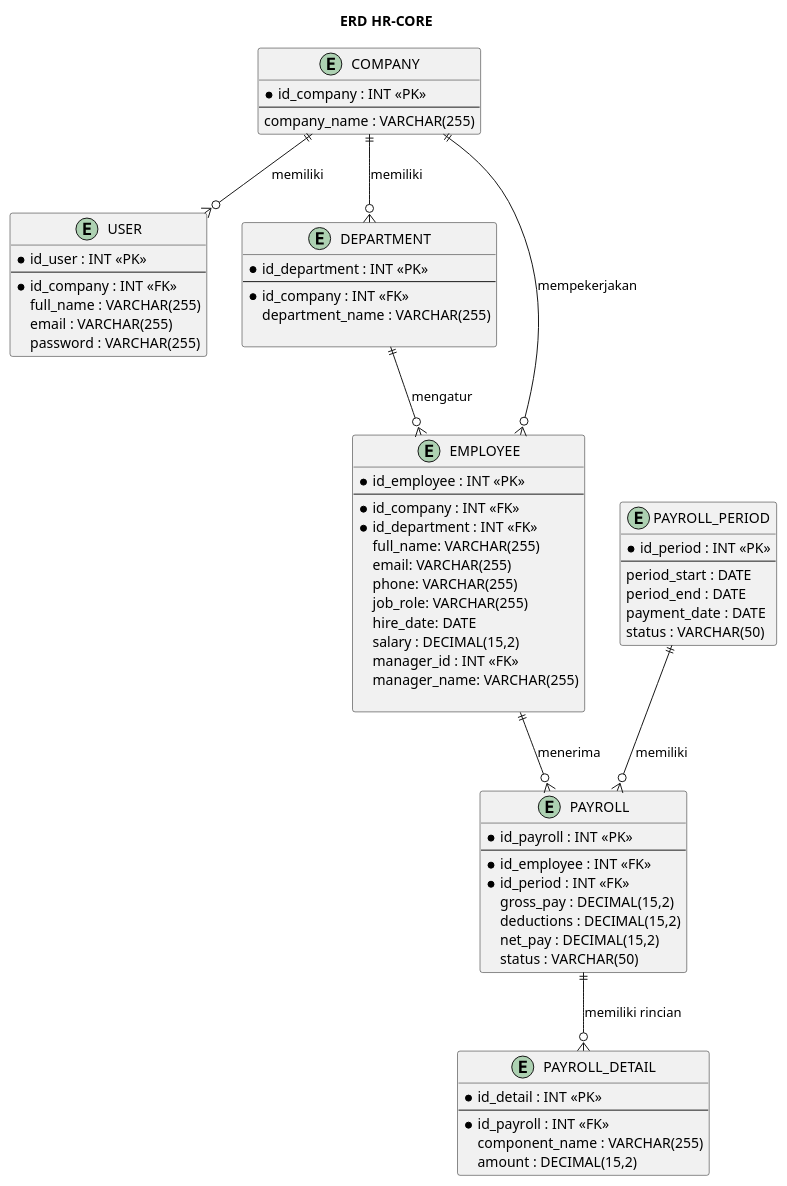
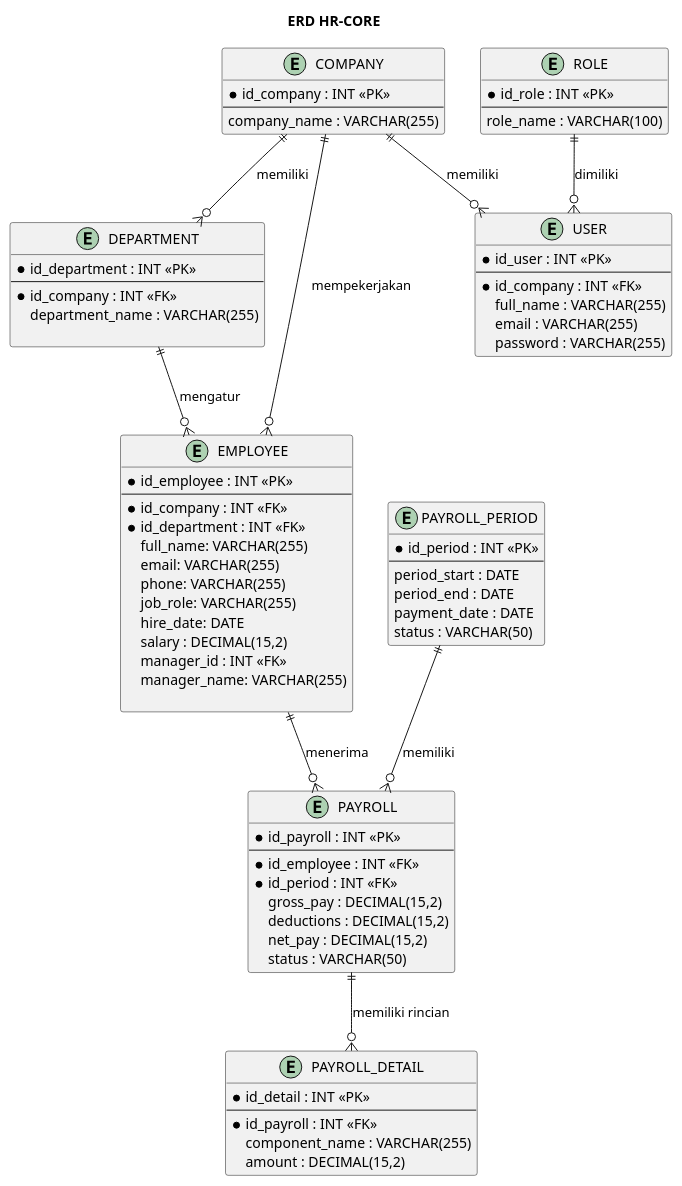
One commit to raissas18/batch-37-Raissa changed the diagram in HR.pum.wsd. Above: the diagram before and after it, drawn with PlantUML.

```diff
--- a/HR.pum.wsd
+++ b/HR.pum.wsd
@@ -1,109 +1,117 @@
 @startuml
 title ERD HR-CORE
 ' =========================
 ' TABEL COMPANY
 ' =========================
 entity "COMPANY" as COMPANY {
     * id_company : INT <<PK>>
     --
     company_name : VARCHAR(255)
 }
 
 ' =========================
 ' TABEL USER
 ' =========================
 entity "USER" as USERS {
     * id_user : INT <<PK>>
     --
     * id_company : INT <<FK>>
     full_name : VARCHAR(255)
     email : VARCHAR(255)
     password : VARCHAR(255)
+}
+
+entity "ROLE" as ROLE {
+    * id_role : INT <<PK>>
+    --
+    role_name : VARCHAR(100)
 }
 
 ' =========================
 ' TABEL DEPARTMENT
 ' =========================
 entity "DEPARTMENT" as DEPARTMENT {
     * id_department : INT <<PK>>
     --
     * id_company : INT <<FK>>
     department_name : VARCHAR(255)
     
 }
 ' =========================
 ' TABEL EMPLOYEE
 ' =========================
 entity "EMPLOYEE" as EMPLOYEE {
     * id_employee : INT <<PK>>
     --
     * id_company : INT <<FK>>
     * id_department : INT <<FK>>
      full_name: VARCHAR(255)
      email: VARCHAR(255)
      phone: VARCHAR(255)
      job_role: VARCHAR(255)
      hire_date: DATE
      salary : DECIMAL(15,2)
     manager_id : INT <<FK>>
     manager_name: VARCHAR(255)
     
 }
 ' =========================
 ' TABEL PAYROLL_PERIOD
 ' =========================
 entity "PAYROLL_PERIOD" as PERIOD {
     * id_period : INT <<PK>>
     --
     period_start : DATE
     period_end : DATE
     payment_date : DATE
     status : VARCHAR(50)
 }
 
 ' =========================
 ' TABEL PAYROLL
 ' =========================
 entity "PAYROLL" as PAYROLL {
     * id_payroll : INT <<PK>>
     --
     * id_employee : INT <<FK>>
     * id_period : INT <<FK>>
       gross_pay : DECIMAL(15,2)
       deductions : DECIMAL(15,2)
       net_pay : DECIMAL(15,2)
       status : VARCHAR(50)
 }
 
 ' =========================
 ' TABEL PAYROLL_DETAIL
 ' =========================
 entity "PAYROLL_DETAIL" as DETAIL {
     * id_detail : INT <<PK>>
     --
     * id_payroll : INT <<FK>>
     component_name : VARCHAR(255)
     amount : DECIMAL(15,2)
 }
 
 ' =========================
 ' RELASI ANTAR TABEL
 ' =========================
 
 COMPANY ||--o{ USERS : memiliki
 
+ROLE ||--o{ USERS : dimiliki
+
 COMPANY ||--o{ DEPARTMENT : memiliki
 
 COMPANY ||--o{ EMPLOYEE : mempekerjakan
 
 DEPARTMENT ||--o{ EMPLOYEE : mengatur
 
 EMPLOYEE ||--o{ PAYROLL : menerima
 
 PERIOD ||--o{ PAYROLL : memiliki
 
 PAYROLL ||--o{ DETAIL : memiliki rincian
 
 
 
 @enduml
```
